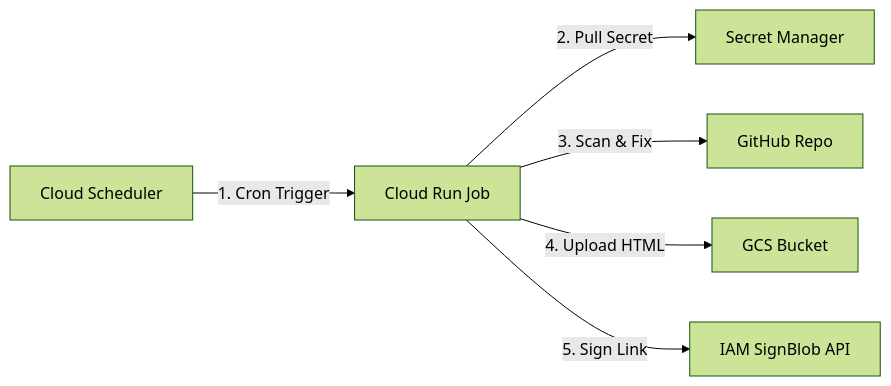
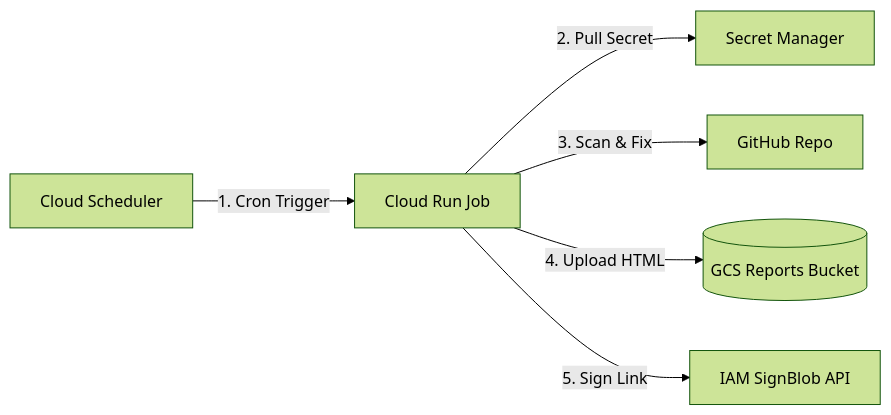
One commit to niteshtadepalli/bokeh changed the second of 2 diagrams in docs/guides/production_run.md. Above: the diagram before and after it, drawn with Mermaid (forest theme). The commit also changed other lines of this file, not shown here.

````diff
--- a/docs/guides/production_run.md
+++ b/docs/guides/production_run.md
@@ -14,8 +43,8 @@
 ```mermaid
 graph LR
     Scheduler[Cloud Scheduler] -->|"1. Cron Trigger"| Job[Cloud Run Job]
     Job -->|"2. Pull Secret"| Secrets[Secret Manager]
     Job -->|"3. Scan & Fix"| GitHub[GitHub Repo]
-    Job -->|"4. Upload HTML"| GCS[GCS Bucket]
+    Job -->|"4. Upload HTML"| GCS[(GCS Reports Bucket)]
     Job -->|"5. Sign Link"| IAM[IAM SignBlob API]
 ```
````
